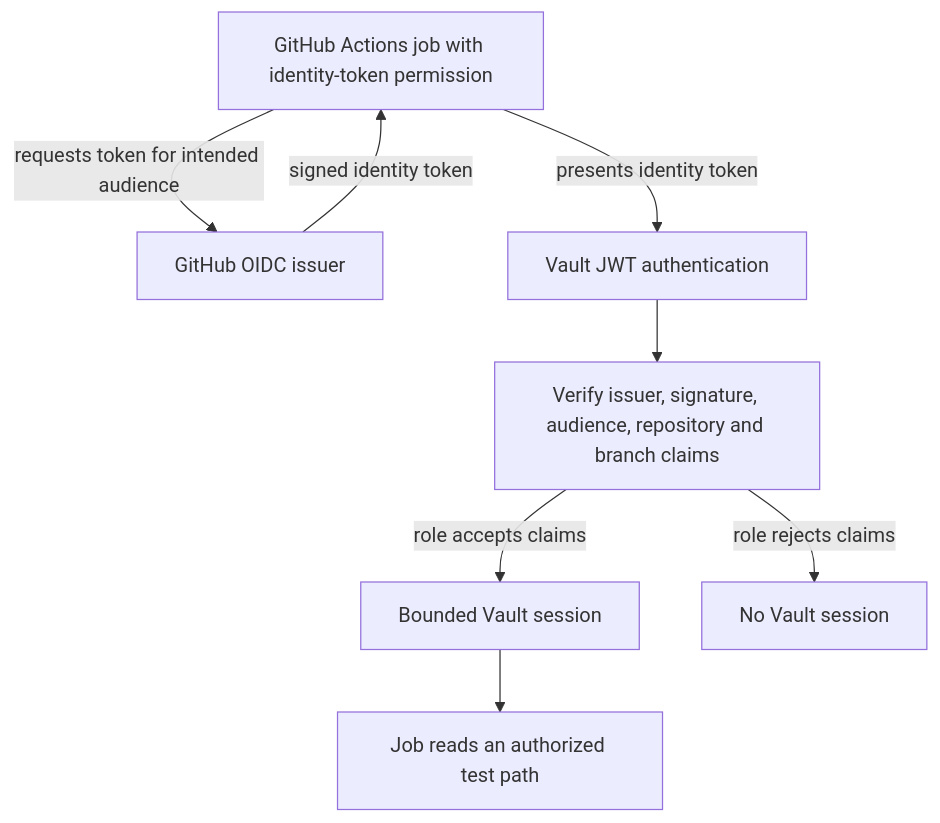
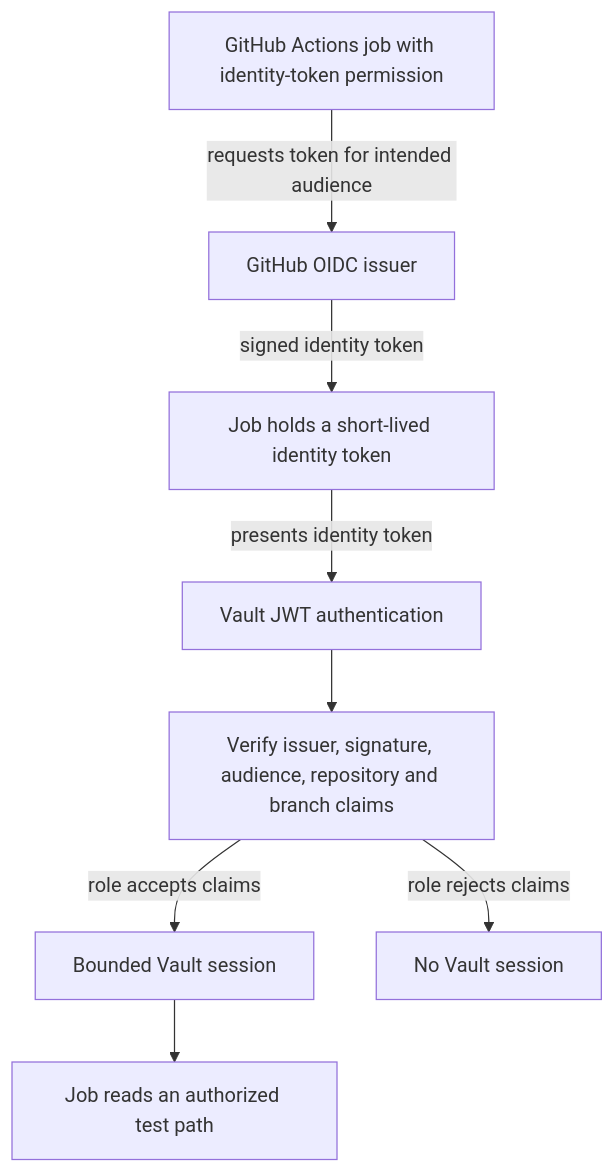
One commit to OpalBolt/Hashicorp-Katas changed the first of 2 diagrams in docs/slices/terraform-vault/02-ci.md. Above: the diagram before and after it, drawn with Mermaid. The commit also changed other lines of this file and 19 other files, not shown here.

````diff
--- a/docs/slices/terraform-vault/02-ci.md
+++ b/docs/slices/terraform-vault/02-ci.md
@@ -52,10 +52,10 @@
 ```mermaid
 flowchart TD
   J["GitHub Actions job with identity-token permission"] -->|requests token for intended audience| G["GitHub OIDC issuer"]
-  G -->|signed identity token| J
-  J -->|presents identity token| V["Vault JWT authentication"]
+  G -->|signed identity token| T["Job holds a short-lived identity token"]
+  T -->|presents identity token| V["Vault JWT authentication"]
   V --> C["Verify issuer, signature, audience, repository and branch claims"]
   C -->|role accepts claims| S["Bounded Vault session"]
   C -->|role rejects claims| D["No Vault session"]
   S --> R["Job reads an authorized test path"]
 ```
````
